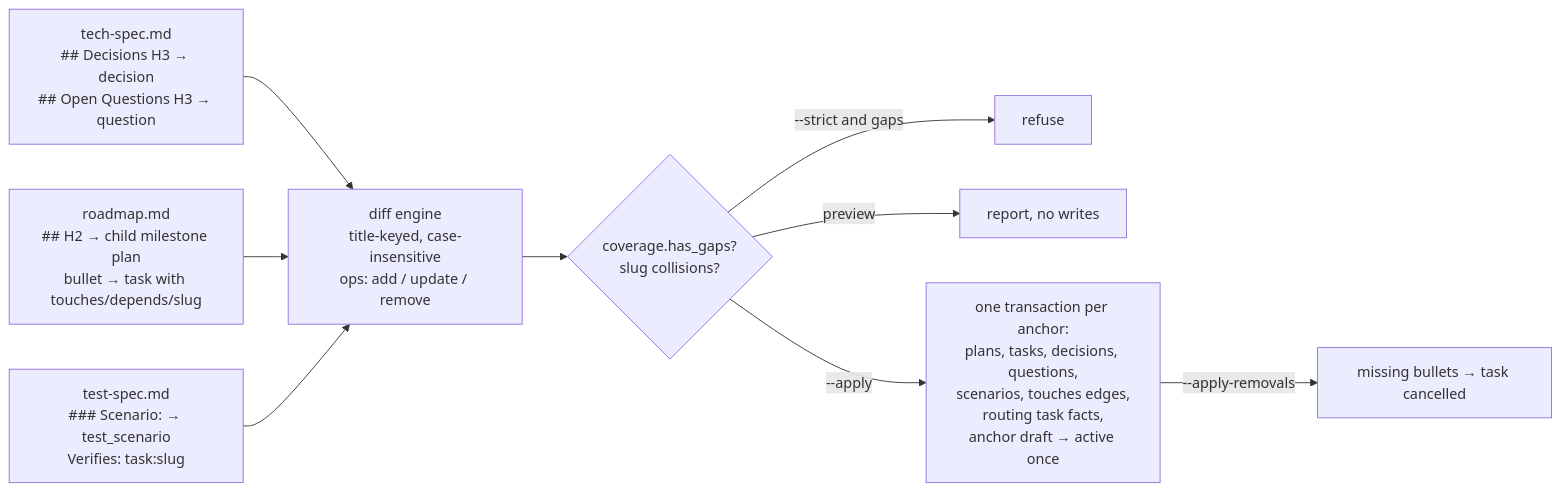
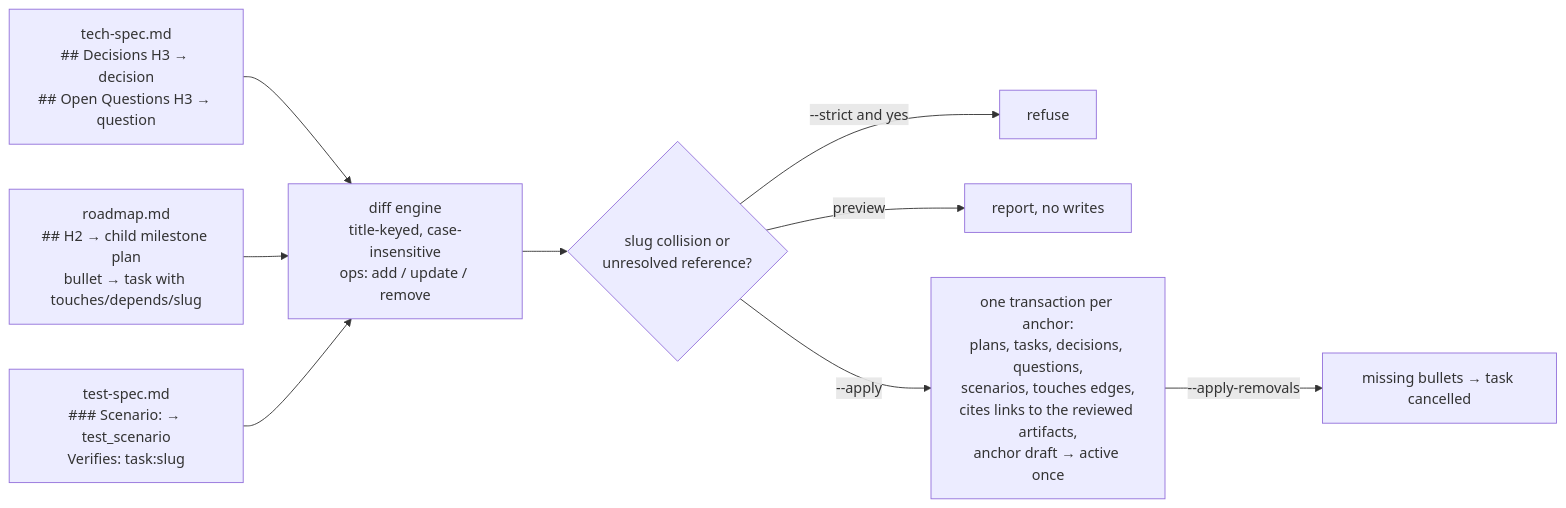
Diagram 18 of 25 in docs/lifecycles.md (rdrsss/planar), drawn with Mermaid before and after one commit. The commit also changed other lines of this file and 1498 other files, not shown here.

````diff
--- a/docs/lifecycles.md
+++ b/docs/lifecycles.md
@@ -652,11 +616,11 @@
 ```mermaid
 flowchart LR
     T[tech-spec.md<br/>## Decisions H3 → decision<br/>## Open Questions H3 → question] --> D
     R[roadmap.md<br/>## H2 → child milestone plan<br/>bullet → task with touches/depends/slug] --> D
     S[test-spec.md<br/>### Scenario: → test_scenario<br/>Verifies: task:slug] --> D
-    D[diff engine<br/>title-keyed, case-insensitive<br/>ops: add / update / remove] --> C{coverage.has_gaps?<br/>slug collisions?}
-    C -->|--strict and gaps| REF[refuse]
+    D[diff engine<br/>title-keyed, case-insensitive<br/>ops: add / update / remove] --> C{slug collision or<br/>unresolved reference?}
+    C -->|--strict and yes| REF[refuse]
     C -->|preview| OUT[report, no writes]
-    C -->|--apply| TX[one transaction per anchor:<br/>plans, tasks, decisions, questions,<br/>scenarios, touches edges,<br/>routing task facts,<br/>anchor draft → active once]
+    C -->|--apply| TX[one transaction per anchor:<br/>plans, tasks, decisions, questions,<br/>scenarios, touches edges,<br/>cites links to the reviewed artifacts,<br/>anchor draft → active once]
     TX -->|--apply-removals| RM[missing bullets → task cancelled]
 ```
````
